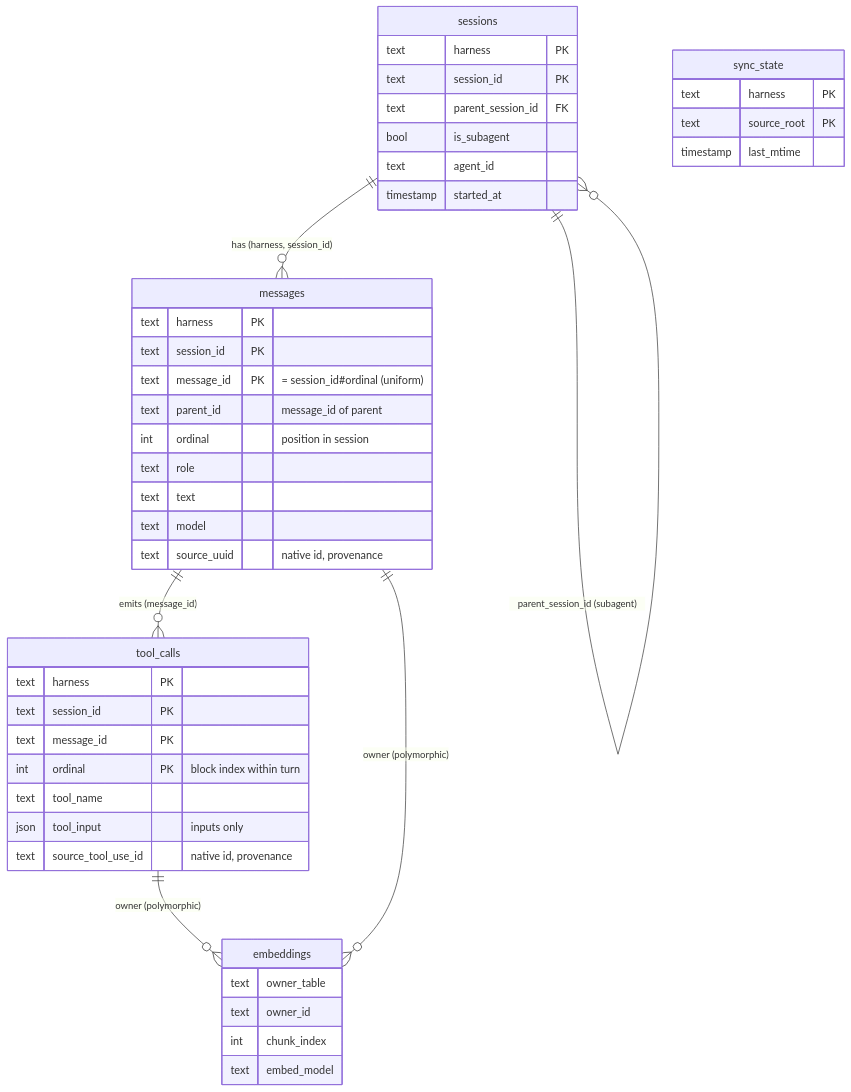
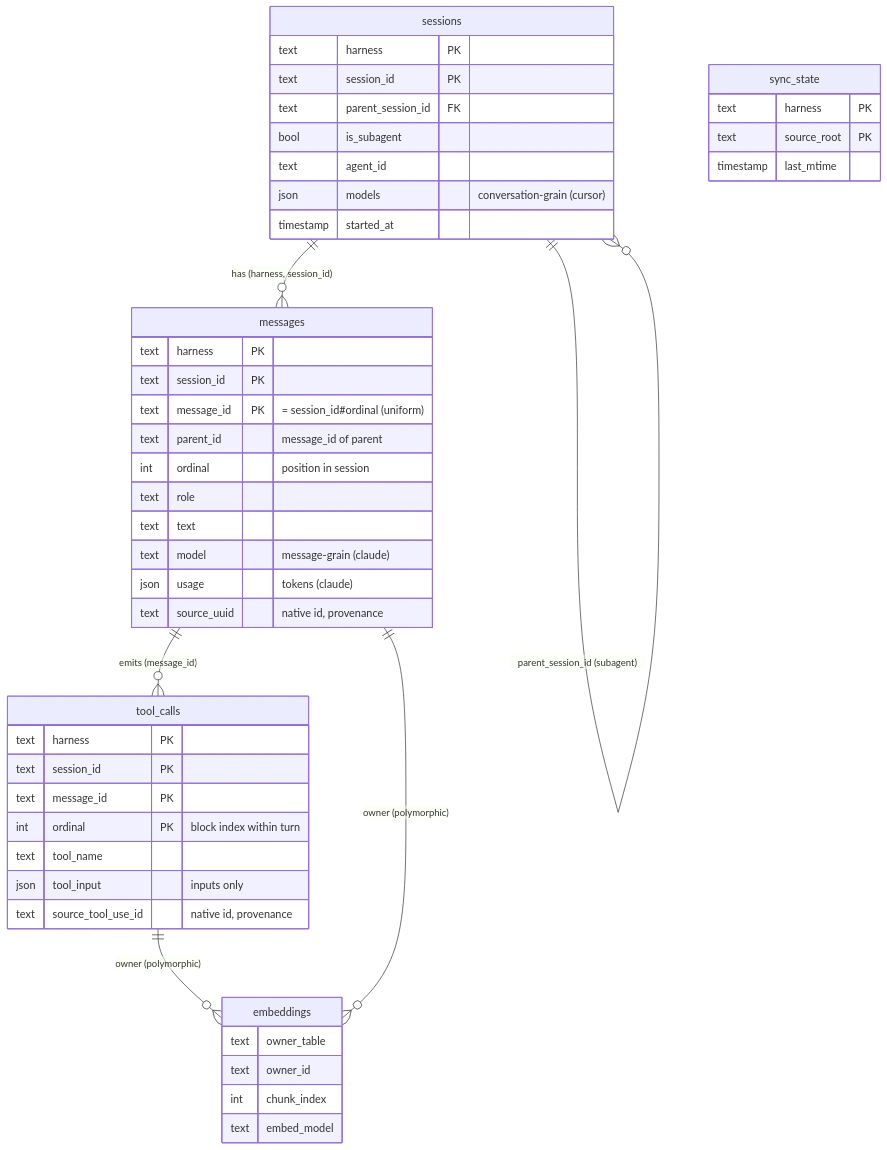
Before and after one commit to Texarkanine/stockroom: the diagram in memory-bank/active/creative/creative-schema-enumeration.md, drawn with Mermaid. The commit also changed other lines of this file, not shown here.

First line of the commit message:
docs(schema): resolve all open questions; keep token usage, split model by grain, defer CLI store.db

````diff
--- a/memory-bank/active/creative/creative-schema-enumeration.md
+++ b/memory-bank/active/creative/creative-schema-enumeration.md
@@ -149,48 +150,50 @@
 ```mermaid
 erDiagram
     sessions   ||--o{ messages    : "has (harness, session_id)"
     sessions   ||--o{ sessions    : "parent_session_id (subagent)"
     messages   ||--o{ tool_calls  : "emits (message_id)"
     messages   ||--o{ embeddings  : "owner (polymorphic)"
     tool_calls ||--o{ embeddings  : "owner (polymorphic)"
 
     sessions {
         text harness PK
         text session_id PK
         text parent_session_id FK
         bool is_subagent
         text agent_id
+        json models "conversation-grain (cursor)"
         timestamp started_at
     }
     messages {
         text harness PK
         text session_id PK
         text message_id PK "= session_id#ordinal (uniform)"
         text parent_id "message_id of parent"
         int ordinal "position in session"
         text role
         text text
-        text model
+        text model "message-grain (claude)"
+        json usage "tokens (claude)"
         text source_uuid "native id, provenance"
     }
     tool_calls {
         text harness PK
         text session_id PK
         text message_id PK
         int ordinal PK "block index within turn"
         text tool_name
         json tool_input "inputs only"
         text source_tool_use_id "native id, provenance"
     }
     embeddings {
         text owner_table
         text owner_id
         int chunk_index
         text embed_model
     }
     sync_state {
         text harness PK
         text source_root PK
         timestamp last_mtime
     }
 ```
````
